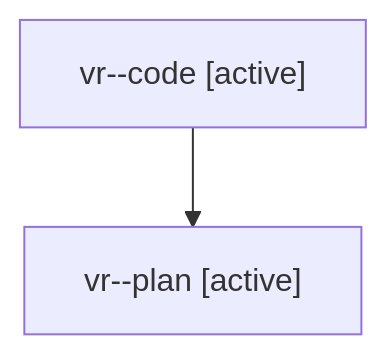
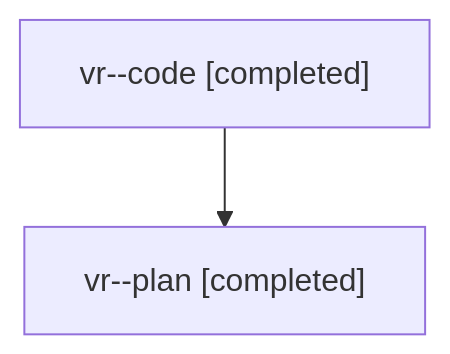
The diagram in families/bbugyi200.athena.vr.md (sase-org/sase--agents), drawn with Mermaid before and after one commit. The commit also changed other lines of this file and 57 other files, not shown here.

````diff
--- a/families/bbugyi200.athena.vr.md
+++ b/families/bbugyi200.athena.vr.md
@@ -9,6 +9,6 @@
 ```mermaid
 flowchart TD
-  n0["vr--code [active]"]
-  n1["vr--plan [active]"]
+  n0["vr--code [completed]"]
+  n1["vr--plan [completed]"]
   n0 --> n1
 ```
````
